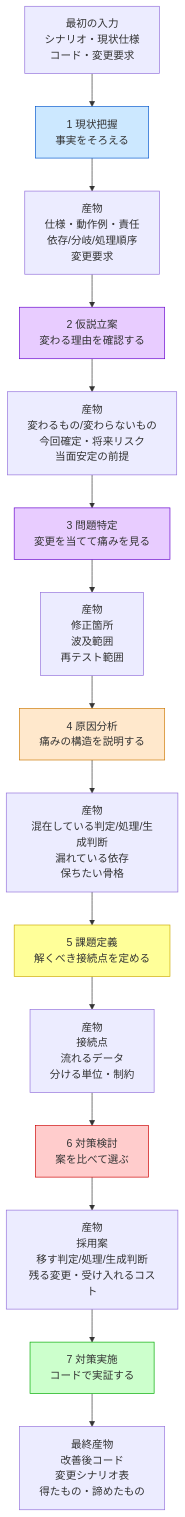
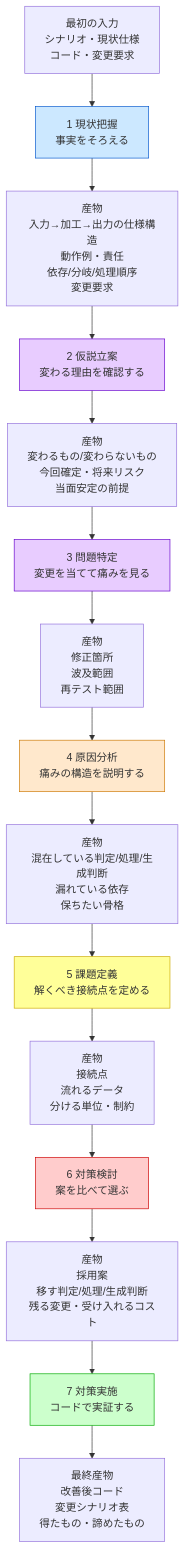
The second of 3 diagrams in kindle/design-patterns/output/chapter00_2.md (kumachan1101-pixel/DesignPattern), drawn with Mermaid before and after one commit. The commit also changed other lines of this file and 1 other file, not shown here.

````diff
--- a/kindle/design-patterns/output/chapter00_2.md
+++ b/kindle/design-patterns/output/chapter00_2.md
@@ -85,41 +85,41 @@
 ```mermaid
 flowchart TB
     I0["最初の入力<br>シナリオ・現状仕様<br>コード・変更要求"]
 
     P1["1 現状把握<br>事実をそろえる"]
-    O1["産物<br>仕様・動作例・責任<br>依存/分岐/処理順序<br>変更要求"]
+    O1["産物<br>入力→加工→出力の仕様構造<br>動作例・責任<br>依存/分岐/処理順序<br>変更要求"]
 
     P2["2 仮説立案<br>変わる理由を確認する"]
     O2["産物<br>変わるもの/変わらないもの<br>今回確定・将来リスク<br>当面安定の前提"]
 
     P3["3 問題特定<br>変更を当てて痛みを見る"]
     O3["産物<br>修正箇所<br>波及範囲<br>再テスト範囲"]
 
     P4["4 原因分析<br>痛みの構造を説明する"]
     O4["産物<br>混在している判定/処理/生成判断<br>漏れている依存<br>保ちたい骨格"]
 
     P5["5 課題定義<br>解くべき接続点を定める"]
     O5["産物<br>接続点<br>流れるデータ<br>分ける単位・制約"]
 
     P6["6 対策検討<br>案を比べて選ぶ"]
     O6["産物<br>採用案<br>移す判定/処理/生成判断<br>残る変更・受け入れるコスト"]
 
     P7["7 対策実施<br>コードで実証する"]
     O7["最終産物<br>改善後コード<br>変更シナリオ表<br>得たもの・諦めたもの"]
 
     I0 --> P1 --> O1
     O1 --> P2 --> O2
     O2 --> P3 --> O3
     O3 --> P4 --> O4
     O4 --> P5 --> O5
     O5 --> P6 --> O6
     O6 --> P7 --> O7
 
     style P1 fill:#cce8ff,stroke:#0055cc
     style P2 fill:#e8ccff,stroke:#6600cc
     style P3 fill:#e8ccff,stroke:#6600cc
     style P4 fill:#ffe8cc,stroke:#cc7700
     style P5 fill:#ffff99,stroke:#ccaa00
     style P6 fill:#ffcccc,stroke:#cc0000
     style P7 fill:#ccffcc,stroke:#00aa00
 ```
````
